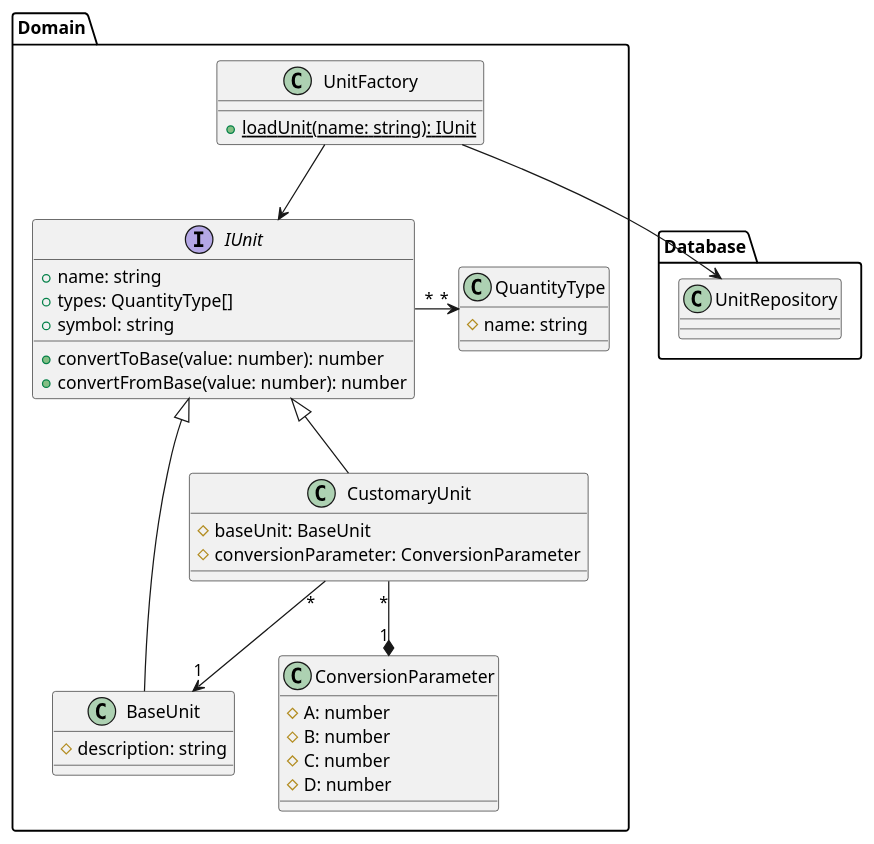
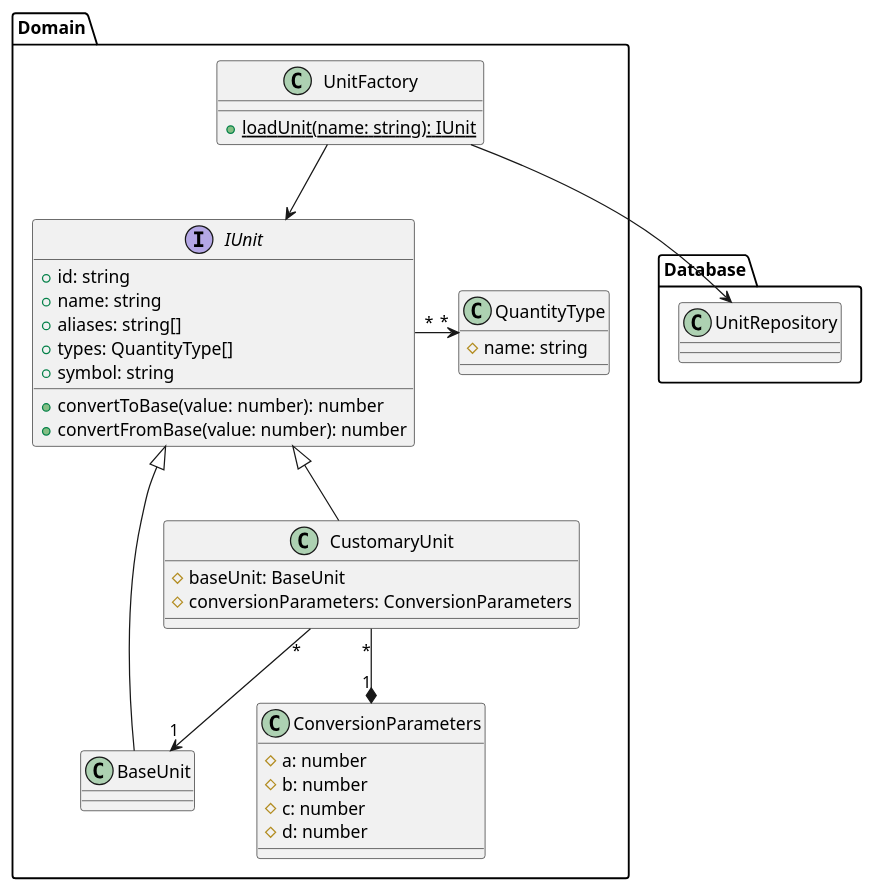
Before and after one commit to heig-vkaelin/ikt300-project: the diagram in docs/uml-class-domain.plantuml, drawn with PlantUML. The commit also changed 1 other file, not shown here.

Commit message:
docs: update class diagrams

```diff
--- a/docs/uml-class-domain.plantuml
+++ b/docs/uml-class-domain.plantuml
@@ -1,46 +1,47 @@
 @startuml uml-class-domain
 
 package "Domain" {
   interface IUnit {
+    + id: string
     + name: string
+    + aliases: string[]
     + types: QuantityType[]
     + symbol: string
     + convertToBase(value: number): number
     + convertFromBase(value: number): number
   }
   class UnitFactory {
     + {static} loadUnit(name: string): IUnit
   }
-  class ConversionParameter {
-      # A: number
-      # B: number
-      # C: number
-      # D: number
+  class ConversionParameters {
+      # a: number
+      # b: number
+      # c: number
+      # d: number
   }
 
   class BaseUnit {
-      # description: string
   }
 
   class CustomaryUnit {
       # baseUnit: BaseUnit
-      # conversionParameter: ConversionParameter
+      # conversionParameters: ConversionParameters
   }
   class QuantityType {
       # name: string
   }
 }
 
 package "Database" {
   class UnitRepository {}
 }
 
 BaseUnit -UP-|> IUnit
 CustomaryUnit -UP-|> IUnit
 CustomaryUnit "*" --> "1" BaseUnit
-CustomaryUnit "*" --* "1" ConversionParameter
+CustomaryUnit "*" --* "1" ConversionParameters
 IUnit "*" -RIGHT-> "*" QuantityType
 UnitFactory --> IUnit
 UnitFactory --> UnitRepository
 
 @enduml
```
